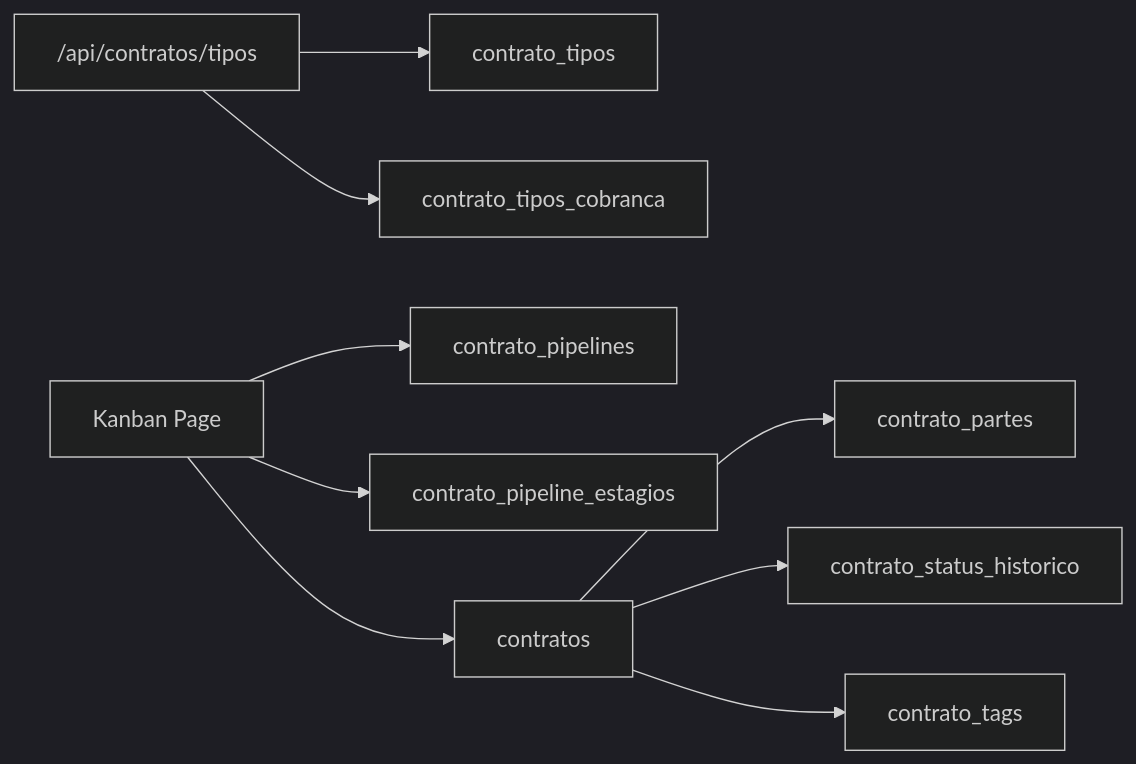
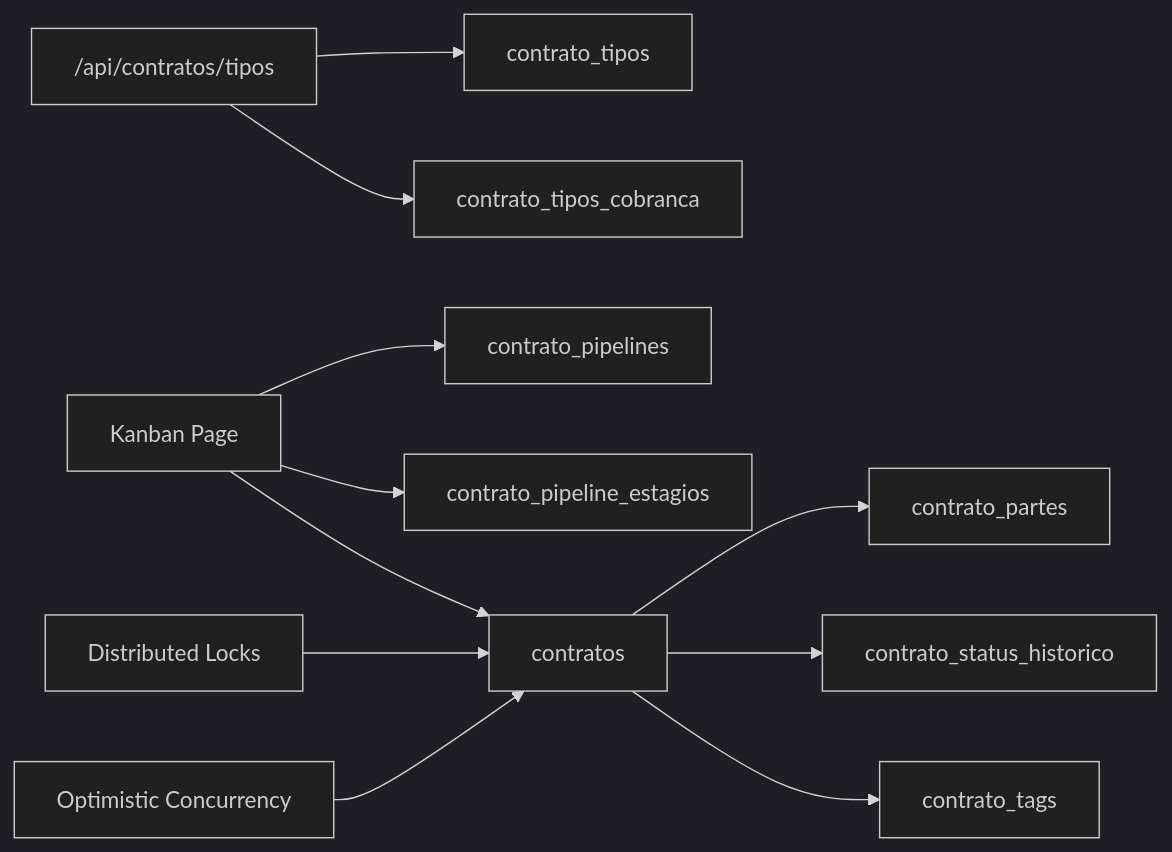
One commit to SinesysTech/zattar-os changed diagram 14 of 14 in .qoder/repowiki/en/content/Contract Management System/Contract Management System.md. Above: the diagram before and after it, drawn with Mermaid (dark theme). The commit also changed other lines of this file and 14 other files, not shown here.

````diff
--- a/.qoder/repowiki/en/content/Contract Management System/Contract Management System.md
+++ b/.qoder/repowiki/en/content/Contract Management System/Contract Management System.md
@@ -493,11 +693,13 @@
 ```mermaid
 graph LR
 API["/api/contratos/tipos"] --> TBL1["contrato_tipos"]
 API --> TBL2["contrato_tipos_cobranca"]
 KANBAN["Kanban Page"] --> PIPE["contrato_pipelines"]
 KANBAN --> STAGE["contrato_pipeline_estagios"]
 KANBAN --> CONTR["contratos"]
 CONTR --> PART["contrato_partes"]
 CONTR --> STAT["contrato_status_historico"]
 CONTR --> TAGR["contrato_tags"]
+LOCK["Distributed Locks"] --> CONTR
+OCC["Optimistic Concurrency"] --> CONTR
 ```
````
